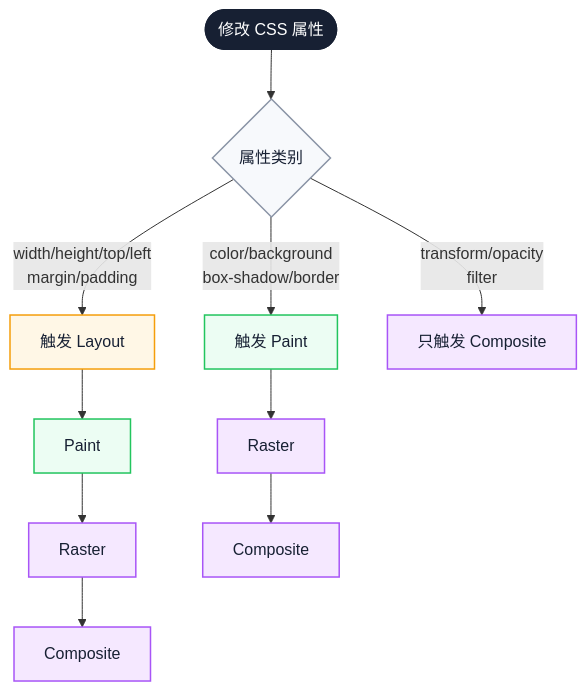
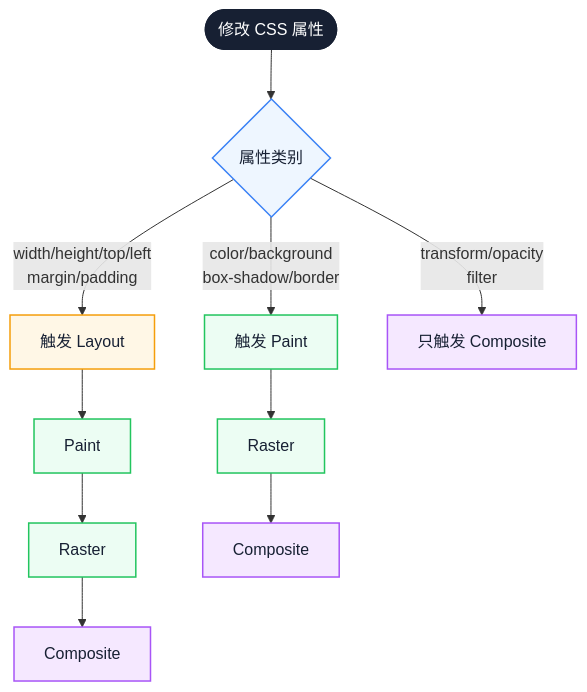
Before and after one commit to Fatejian/frontier-vault: the third of 3 diagrams in docs/browser/rendering-pipeline.md, drawn with Mermaid. The commit also changed other lines of this file and 41 other files, not shown here.

````diff
--- a/docs/browser/rendering-pipeline.md
+++ b/docs/browser/rendering-pipeline.md
@@ -519,31 +482,29 @@
 ```mermaid
-%%{init: {'theme': 'base', 'themeVariables': { 'fontFamily': 'Inter, PingFang SC, Microsoft YaHei, sans-serif', 'primaryColor': '#EEF6FF', 'primaryTextColor': '#172033', 'primaryBorderColor': '#6EA8FE', 'lineColor': '#8A94A6, 'fontSize': '13px'}}}%%
 flowchart TB
     Start([修改 CSS 属性]) --> Class{属性类别}
 
     Class -->|width/height/top/left<br/>margin/padding| Layout
     Class -->|color/background<br/>box-shadow/border| Paint
     Class -->|transform/opacity<br/>filter| Composite
 
     Layout[触发 Layout] --> Paint2[Paint]
     Paint2 --> Raster2[Raster]
     Raster2 --> Composite2[Composite]
 
     Paint[触发 Paint] --> Raster3[Raster]
     Raster3 --> Composite3[Composite]
 
     Composite[只触发 Composite]
 
-    classDef start fill:#172033,color:#fff,stroke:#172033,stroke-width:2px;
-    classDef decision fill:#F7F9FC,stroke:#8A94A6,color:#172033,stroke-width:1.5px;
-    classDef layout fill:#FFF7E6,stroke:#F59E0B,color:#172033,stroke-width:1.5px;
-    classDef paint fill:#ECFDF3,stroke:#22C55E,color:#172033,stroke-width:1.5px;
-    classDef composite fill:#F5E8FF,stroke:#A855F7,color:#172033,stroke-width:1.5px;
+    classDef core fill:#172033,color:#fff,stroke:#172033,stroke-width:2px;
+    classDef wait fill:#EEF6FF,stroke:#3B82F6,color:#172033,stroke-width:1.5px;
+    classDef block fill:#FFF7E6,stroke:#F59E0B,color:#172033,stroke-width:1.5px;
+    classDef work fill:#ECFDF3,stroke:#22C55E,color:#172033,stroke-width:1.5px;
+    classDef metric fill:#F5E8FF,stroke:#A855F7,color:#172033,stroke-width:1.5px;
 
-    class Start start;
-    class Class decision;
-    class Layout layout;
-    class Paint,Paint2 paint;
-    class Raster2,Raster3,Raster composite;
-    class Composite,Composite2,Composite3 composite;
+    class Start core;
+    class Class wait;
+    class Layout block;
+    class Paint,Paint2,Raster2,Raster3,Raster work;
+    class Composite,Composite2,Composite3 metric;
 ```
````
